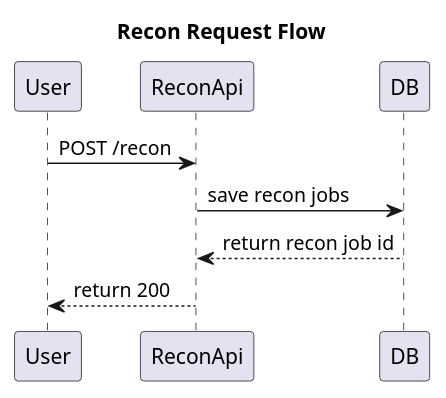
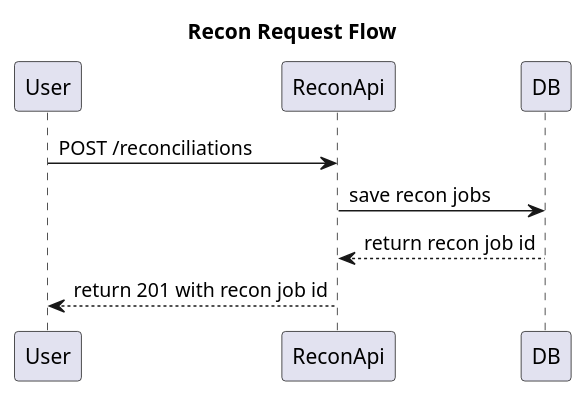
One commit to dellykaos/reconcile-transactions changed the diagram in recon/docs/post_request.plantuml. Above: the diagram before and after it, drawn with PlantUML. The commit also changed 3 other files, not shown here.

```diff
--- a/recon/docs/post_request.plantuml
+++ b/recon/docs/post_request.plantuml
@@ -1,10 +1,10 @@
 @startuml
 
 title Recon Request Flow
 
-User -> ReconApi: POST /recon
+User -> ReconApi: POST /reconciliations
 ReconApi -> DB: save recon jobs
 DB --> ReconApi: return recon job id
-ReconApi --> User: return 200
+ReconApi --> User: return 201 with recon job id
 
 @enduml
```
